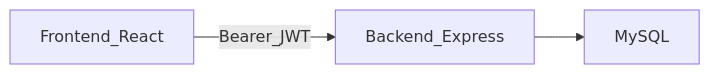
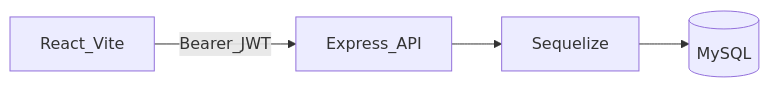
Before and after one commit to grudzinskio/medication-tracker: the diagram in docs/project.md, drawn with Mermaid. The commit also changed other lines of this file, not shown here.

````diff
--- a/docs/project.md
+++ b/docs/project.md
@@ -12,5 +52,6 @@
 ```mermaid
 flowchart LR
-  Browser[Frontend_React] -->|Bearer_JWT| Api[Backend_Express]
-  Api --> Db[MySQL]
+  Browser[React_Vite] -->|Bearer_JWT| Api[Express_API]
+  Api --> Orm[Sequelize]
+  Orm --> Db[(MySQL)]
 ```
````
